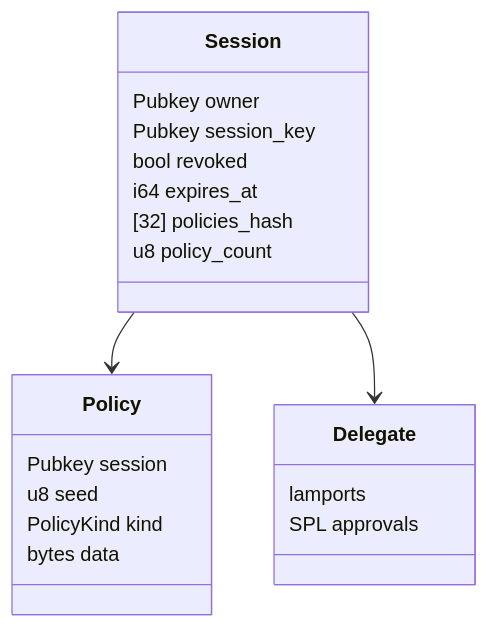
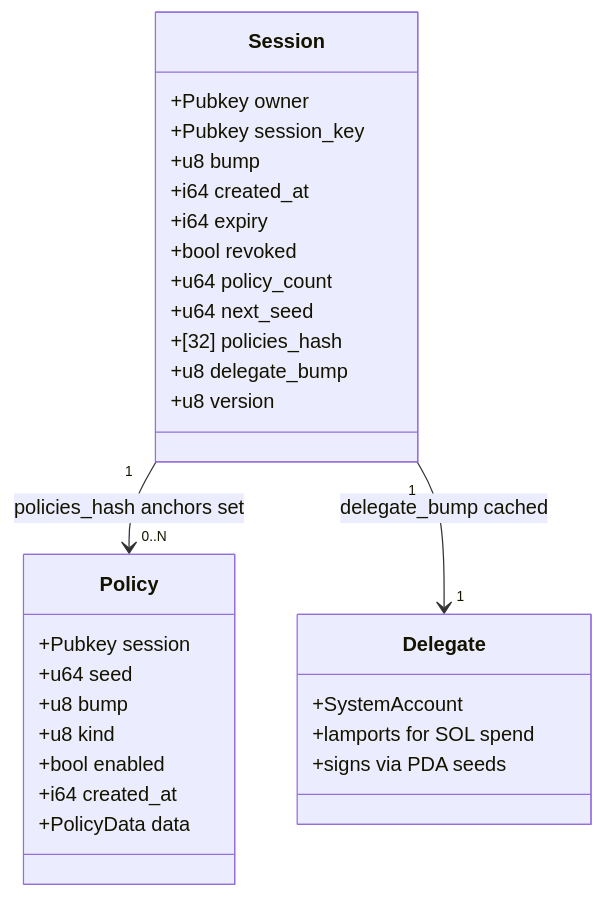
Before and after one commit to rit3sh-x/bastion: the first of 4 diagrams in programs/bastion/README.md, drawn with Mermaid. The commit also changed other lines of this file and 77 other files, not shown here.

````diff
--- a/programs/bastion/README.md
+++ b/programs/bastion/README.md
@@ -39,26 +11,35 @@
 ```mermaid
 classDiagram
     class Session {
-        Pubkey owner
-        Pubkey session_key
-        bool revoked
-        i64 expires_at
-        [32] policies_hash
-        u8 policy_count
+        +Pubkey owner
+        +Pubkey session_key
+        +u8 bump
+        +i64 created_at
+        +i64 expiry
+        +bool revoked
+        +u64 policy_count
+        +u64 next_seed
+        +[32] policies_hash
+        +u8 delegate_bump
+        +u8 version
     }
 
     class Policy {
-        Pubkey session
-        u8 seed
-        PolicyKind kind
-        bytes data
+        +Pubkey session
+        +u64 seed
+        +u8 bump
+        +u8 kind
+        +bool enabled
+        +i64 created_at
+        +PolicyData data
     }
 
     class Delegate {
-        lamports
-        SPL approvals
+        +SystemAccount
+        +lamports for SOL spend
+        +signs via PDA seeds
     }
 
-    Session --> Policy
-    Session --> Delegate
+    Session "1" --> "0..N" Policy : policies_hash anchors set
+    Session "1" --> "1" Delegate : delegate_bump cached
 ```
````
